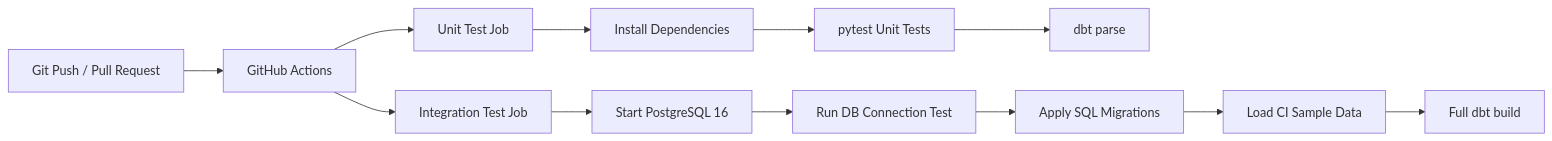
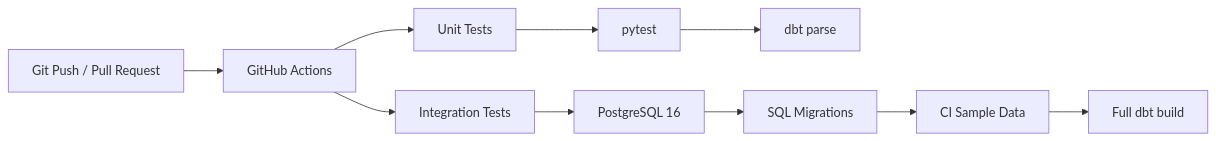
The second of 2 diagrams in README.md (andikahfi98/fmcg-data-engineering-platform), drawn with Mermaid before and after one commit. The commit also changed other lines of this file, not shown here.

````diff
--- a/README.md
+++ b/README.md
@@ -99,16 +384,17 @@
 ```mermaid
 flowchart LR
-    A[Git Push / Pull Request] --> B[GitHub Actions]
-    B --> C[Unit Test Job]
-    B --> D[Integration Test Job]
 
-    C --> C1[Install Dependencies]
-    C1 --> C2[pytest Unit Tests]
-    C2 --> C3[dbt parse]
+    A[Git Push / Pull Request]
+        --> B[GitHub Actions]
 
-    D --> D1[Start PostgreSQL 16]
-    D1 --> D2[Run DB Connection Test]
-    D2 --> D3[Apply SQL Migrations]
-    D3 --> D4[Load CI Sample Data]
-    D4 --> D5[Full dbt build]
+    B --> C[Unit Tests]
+    B --> D[Integration Tests]
+
+    C --> C1[pytest]
+    C1 --> C2[dbt parse]
+
+    D --> D1[PostgreSQL 16]
+    D1 --> D2[SQL Migrations]
+    D2 --> D3[CI Sample Data]
+    D3 --> D4[Full dbt build]
 ```
````
